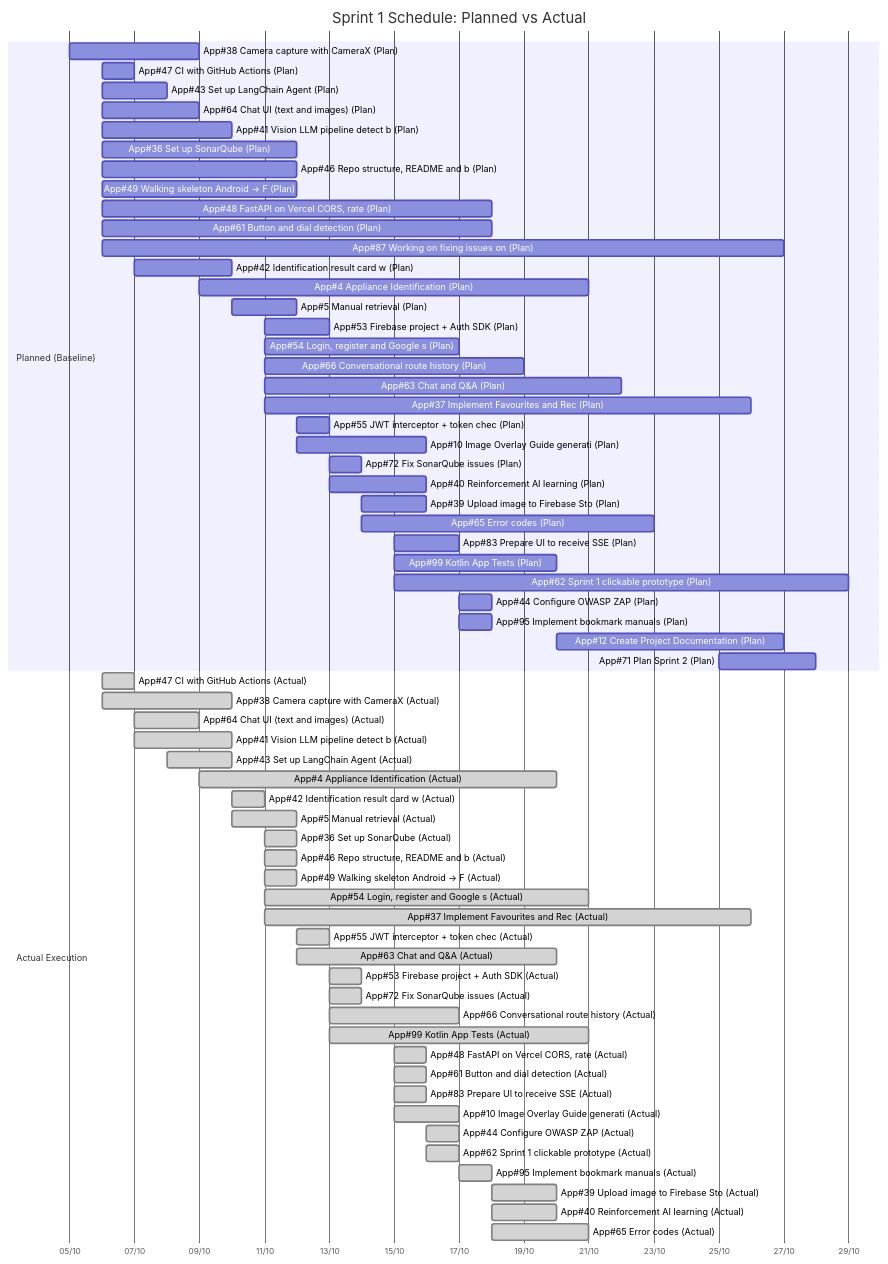
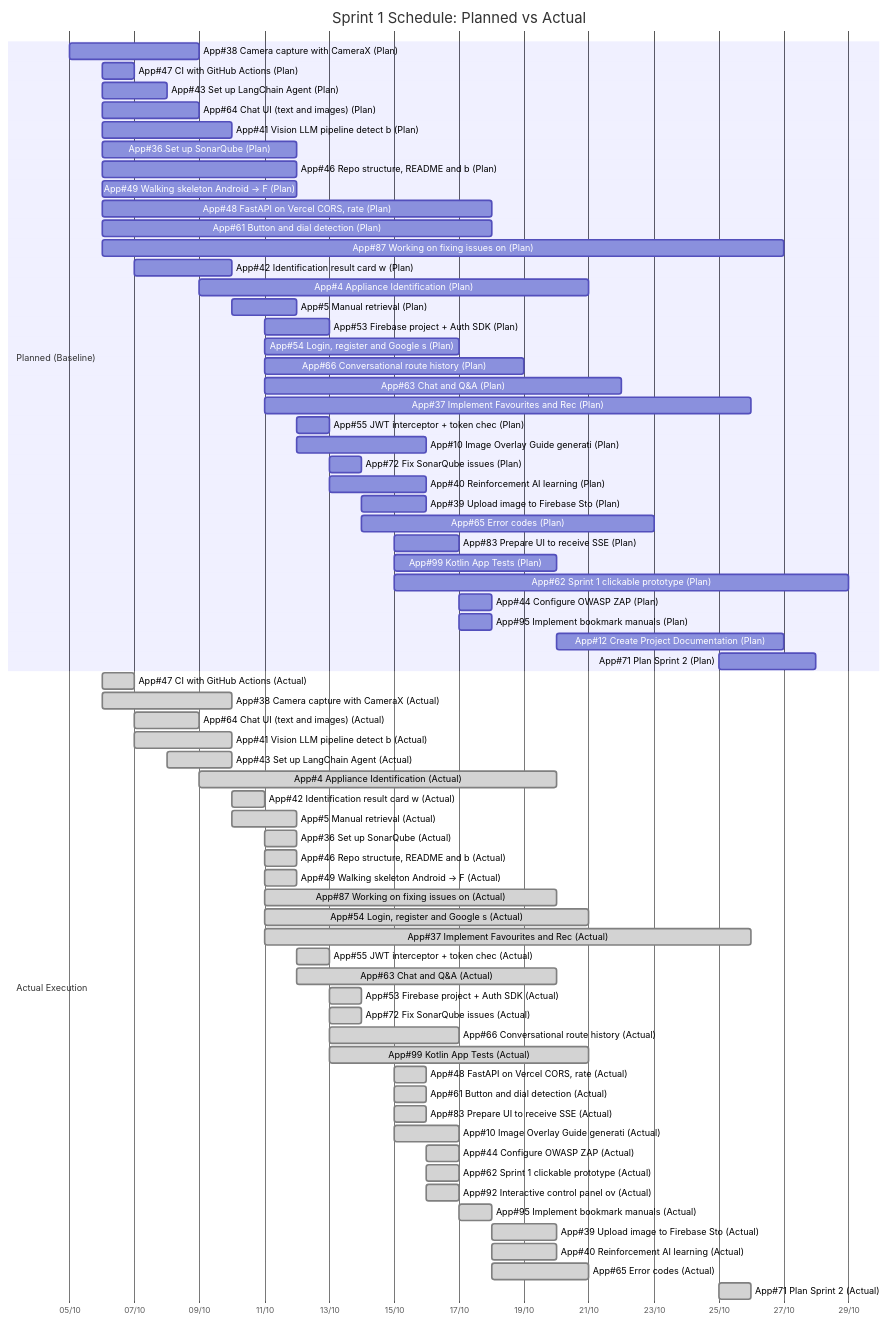
Before and after one commit to HoDoWo/app-kotlin: the second of 5 diagrams in docs/gantt-chart.md, drawn with Mermaid. The commit also changed other lines of this file, not shown here.

Commit message:
Auto-update Gantt comparison chart for all

````diff
--- a/docs/gantt-chart.md
+++ b/docs/gantt-chart.md
@@ -130,71 +210,74 @@
 ```mermaid
 gantt
     title Sprint 1 Schedule: Planned vs Actual
     dateFormat  YYYY-MM-DD
     axisFormat  %d/%m
 
     section Planned (Baseline)
     App#38 Camera capture with CameraX (Plan) :p_app_38, 2026-10-05, 2026-10-09
     App#47 CI with GitHub Actions (Plan) :p_app_47, 2026-10-06, 2026-10-07
     App#43 Set up LangChain Agent (Plan) :p_app_43, 2026-10-06, 2026-10-08
     App#64 Chat UI (text and images) (Plan) :p_app_64, 2026-10-06, 2026-10-09
     App#41 Vision LLM pipeline detect b (Plan) :p_app_41, 2026-10-06, 2026-10-10
     App#36 Set up SonarQube (Plan) :p_app_36, 2026-10-06, 2026-10-12
     App#46 Repo structure, README and b (Plan) :p_app_46, 2026-10-06, 2026-10-12
     App#49 Walking skeleton Android → F (Plan) :p_app_49, 2026-10-06, 2026-10-12
     App#48 FastAPI on Vercel CORS, rate (Plan) :p_app_48, 2026-10-06, 2026-10-18
     App#61 Button and dial detection (Plan) :p_app_61, 2026-10-06, 2026-10-18
     App#87 Working on fixing issues on (Plan) :p_app_87, 2026-10-06, 2026-10-27
     App#42 Identification result card w (Plan) :p_app_42, 2026-10-07, 2026-10-10
     App#4 Appliance Identification (Plan) :p_app_4, 2026-10-09, 2026-10-21
     App#5 Manual retrieval (Plan) :p_app_5, 2026-10-10, 2026-10-12
     App#53 Firebase project + Auth SDK (Plan) :p_app_53, 2026-10-11, 2026-10-13
     App#54 Login, register and Google s (Plan) :p_app_54, 2026-10-11, 2026-10-17
     App#66 Conversational route history (Plan) :p_app_66, 2026-10-11, 2026-10-19
     App#63 Chat and Q&A (Plan) :p_app_63, 2026-10-11, 2026-10-22
     App#37 Implement Favourites and Rec (Plan) :p_app_37, 2026-10-11, 2026-10-26
     App#55 JWT interceptor + token chec (Plan) :p_app_55, 2026-10-12, 2026-10-13
     App#10 Image Overlay Guide generati (Plan) :p_app_10, 2026-10-12, 2026-10-16
     App#72 Fix SonarQube issues (Plan) :p_app_72, 2026-10-13, 2026-10-14
     App#40 Reinforcement AI learning (Plan) :p_app_40, 2026-10-13, 2026-10-16
     App#39 Upload image to Firebase Sto (Plan) :p_app_39, 2026-10-14, 2026-10-16
     App#65 Error codes (Plan) :p_app_65, 2026-10-14, 2026-10-23
     App#83 Prepare UI to receive SSE (Plan) :p_app_83, 2026-10-15, 2026-10-17
     App#99 Kotlin App Tests (Plan) :p_app_99, 2026-10-15, 2026-10-20
     App#62 Sprint 1 clickable prototype (Plan) :p_app_62, 2026-10-15, 2026-10-29
     App#44 Configure OWASP ZAP (Plan) :p_app_44, 2026-10-17, 2026-10-18
     App#95 Implement bookmark manuals (Plan) :p_app_95, 2026-10-17, 2026-10-18
     App#12 Create Project Documentation (Plan) :p_app_12, 2026-10-20, 2026-10-27
     App#71 Plan Sprint 2 (Plan) :p_app_71, 2026-10-25, 2026-10-28
 
     section Actual Execution
     App#47 CI with GitHub Actions (Actual) :done, a_app_47, 2026-10-06, 2026-10-07
     App#38 Camera capture with CameraX (Actual) :done, a_app_38, 2026-10-06, 2026-10-10
     App#64 Chat UI (text and images) (Actual) :done, a_app_64, 2026-10-07, 2026-10-09
     App#41 Vision LLM pipeline detect b (Actual) :done, a_app_41, 2026-10-07, 2026-10-10
     App#43 Set up LangChain Agent (Actual) :done, a_app_43, 2026-10-08, 2026-10-10
     App#4 Appliance Identification (Actual) :done, a_app_4, 2026-10-09, 2026-10-20
     App#42 Identification result card w (Actual) :done, a_app_42, 2026-10-10, 2026-10-11
     App#5 Manual retrieval (Actual) :done, a_app_5, 2026-10-10, 2026-10-12
     App#36 Set up SonarQube (Actual) :done, a_app_36, 2026-10-11, 2026-10-12
     App#46 Repo structure, README and b (Actual) :done, a_app_46, 2026-10-11, 2026-10-12
     App#49 Walking skeleton Android → F (Actual) :done, a_app_49, 2026-10-11, 2026-10-12
+    App#87 Working on fixing issues on (Actual) :done, a_app_87, 2026-10-11, 2026-10-20
     App#54 Login, register and Google s (Actual) :done, a_app_54, 2026-10-11, 2026-10-21
     App#37 Implement Favourites and Rec (Actual) :done, a_app_37, 2026-10-11, 2026-10-26
     App#55 JWT interceptor + token chec (Actual) :done, a_app_55, 2026-10-12, 2026-10-13
     App#63 Chat and Q&A (Actual) :done, a_app_63, 2026-10-12, 2026-10-20
     App#53 Firebase project + Auth SDK (Actual) :done, a_app_53, 2026-10-13, 2026-10-14
     App#72 Fix SonarQube issues (Actual) :done, a_app_72, 2026-10-13, 2026-10-14
     App#66 Conversational route history (Actual) :done, a_app_66, 2026-10-13, 2026-10-17
     App#99 Kotlin App Tests (Actual) :done, a_app_99, 2026-10-13, 2026-10-21
     App#48 FastAPI on Vercel CORS, rate (Actual) :done, a_app_48, 2026-10-15, 2026-10-16
     App#61 Button and dial detection (Actual) :done, a_app_61, 2026-10-15, 2026-10-16
     App#83 Prepare UI to receive SSE (Actual) :done, a_app_83, 2026-10-15, 2026-10-16
     App#10 Image Overlay Guide generati (Actual) :done, a_app_10, 2026-10-15, 2026-10-17
     App#44 Configure OWASP ZAP (Actual) :done, a_app_44, 2026-10-16, 2026-10-17
     App#62 Sprint 1 clickable prototype (Actual) :done, a_app_62, 2026-10-16, 2026-10-17
+    App#92 Interactive control panel ov (Actual) :done, a_app_92, 2026-10-16, 2026-10-17
     App#95 Implement bookmark manuals (Actual) :done, a_app_95, 2026-10-17, 2026-10-18
     App#39 Upload image to Firebase Sto (Actual) :done, a_app_39, 2026-10-18, 2026-10-20
     App#40 Reinforcement AI learning (Actual) :done, a_app_40, 2026-10-18, 2026-10-20
     App#65 Error codes (Actual) :done, a_app_65, 2026-10-18, 2026-10-21
+    App#71 Plan Sprint 2 (Actual) :done, a_app_71, 2026-10-25, 2026-10-26
 ```
````
